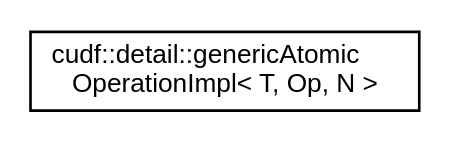
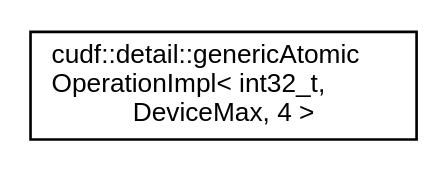
The diagram in libcudf/0.8.0/inherit_graph_47.dot (rapidsai/projects), drawn with Graphviz before and after one commit. The commit also changed 546 other files, not shown here.

```diff
--- a/libcudf/0.8.0/inherit_graph_47.dot
+++ b/libcudf/0.8.0/inherit_graph_47.dot
@@ -1,7 +1,7 @@
 digraph "Graphical Class Hierarchy"
 {
   edge [fontname="Helvetica",fontsize="10",labelfontname="Helvetica",labelfontsize="10"];
   node [fontname="Helvetica",fontsize="10",shape=record];
   rankdir="LR";
-  Node0 [label="cudf::detail::genericAtomic\lOperationImpl\< T, Op, N \>",height=0.2,width=0.4,color="black", fillcolor="white", style="filled",URL="$structcudf_1_1detail_1_1genericAtomicOperationImpl.html"];
+  Node0 [label="cudf::detail::genericAtomic\lOperationImpl\< int32_t,\l DeviceMax, 4 \>",height=0.2,width=0.4,color="black", fillcolor="white", style="filled",URL="$structcudf_1_1detail_1_1genericAtomicOperationImpl_3_01int32__t_00_01DeviceMax_00_014_01_4.html"];
 }
```
